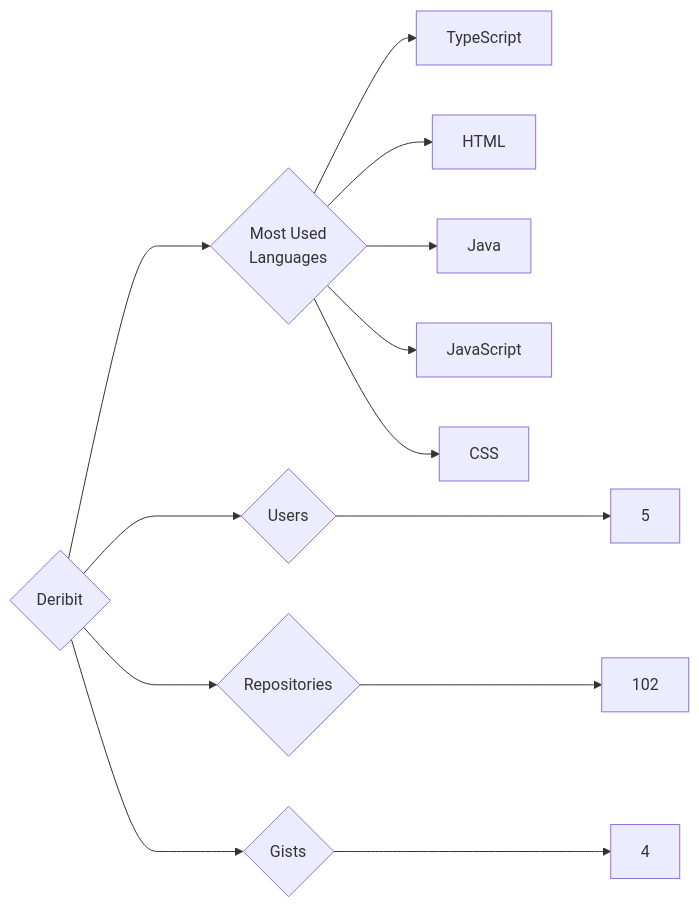
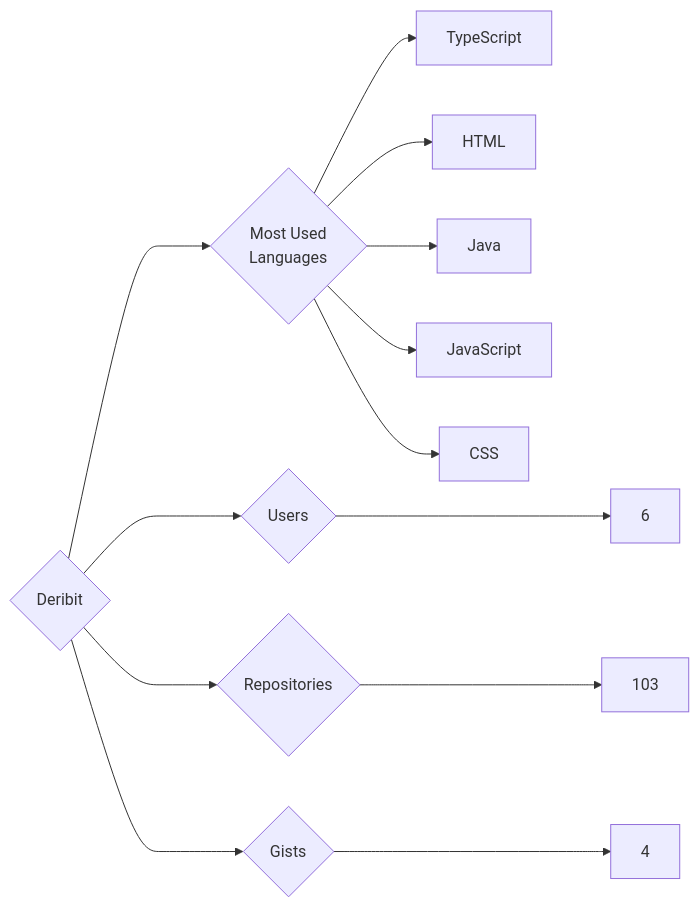
One commit to trickest/insiders changed the diagram in targets/Deribit/README.md. Above: the diagram before and after it, drawn with Mermaid. The commit also changed 1167 other files, not shown here.

````diff
--- a/targets/Deribit/README.md
+++ b/targets/Deribit/README.md
@@ -3,13 +3,13 @@
 ```mermaid
 graph LR
 COMPANY_NAME{Deribit}
-COMPANY_NAME ---> U{Users} ---> UN[5]
-COMPANY_NAME ---> R{Repositories} ---> RN[102]
+COMPANY_NAME ---> U{Users} ---> UN[6]
+COMPANY_NAME ---> R{Repositories} ---> RN[103]
 COMPANY_NAME ---> G{Gists} ---> GN[4]
 COMPANY_NAME ---> ML{Most Used<br>Languages}
 ML --> TypeScript[TypeScript]
 ML --> HTML[HTML]
 ML --> Java[Java]
 ML --> JavaScript[JavaScript]
 ML --> CSS[CSS]
 ```
````
